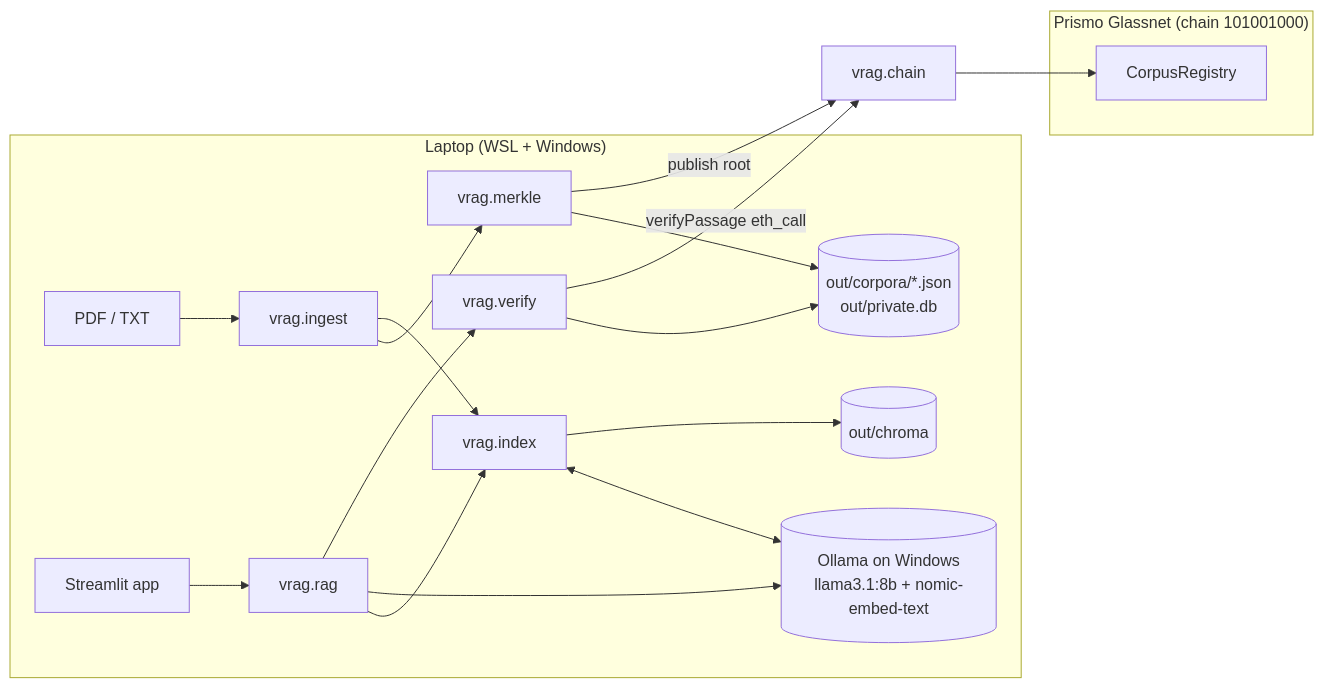
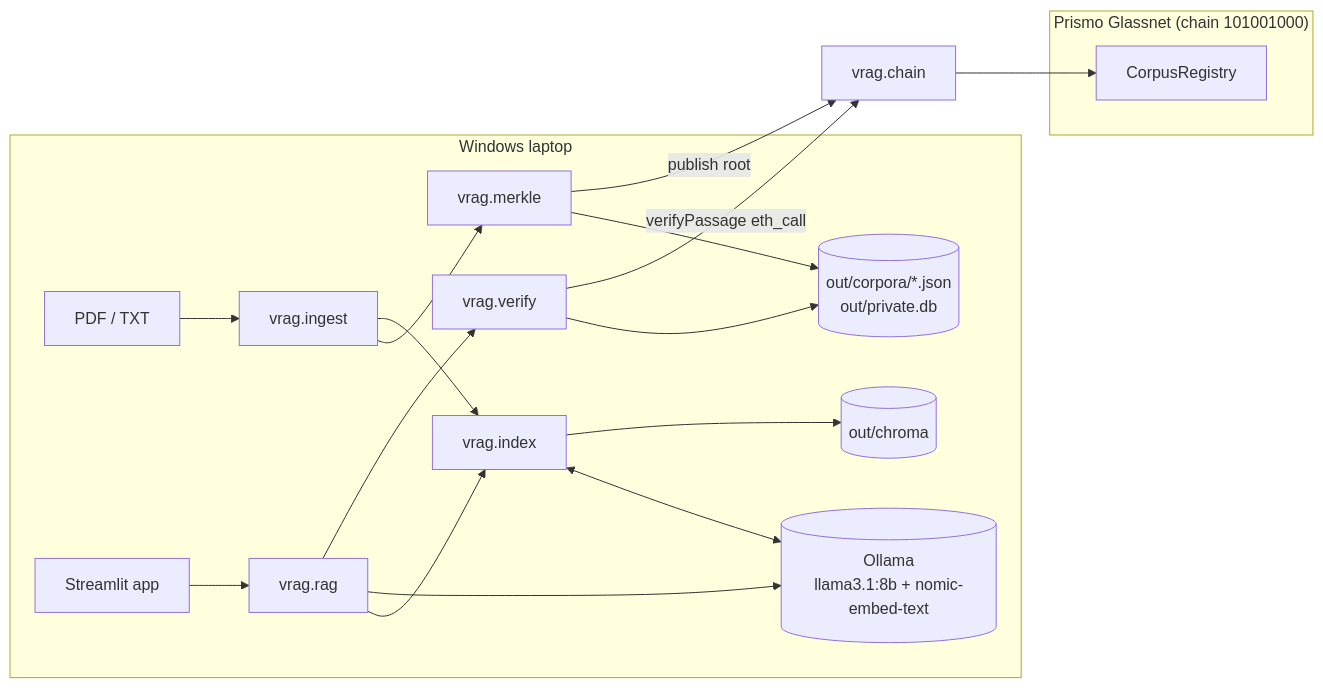
Before and after one commit to zazazzz-exe/VERIFIED-RAG-CITATIONS: the first of 3 diagrams in .kiro/specs/verifiable-rag-citations/design.md, drawn with Mermaid. The commit also changed other lines of this file and 7 other files, not shown here.

````diff
--- a/.kiro/specs/verifiable-rag-citations/design.md
+++ b/.kiro/specs/verifiable-rag-citations/design.md
@@ -17,22 +17,22 @@
 ```mermaid
 flowchart LR
-    subgraph Local["Laptop (WSL + Windows)"]
+    subgraph Local["Windows laptop"]
         Docs[PDF / TXT] --> Ingest[vrag.ingest]
         Ingest --> Merkle[vrag.merkle]
         Merkle --> Store[(out/corpora/*.json<br/>out/private.db)]
         Ingest --> Index[vrag.index]
-        Index <--> Ollama[(Ollama on Windows<br/>llama3.1:8b + nomic-embed-text)]
+        Index <--> Ollama[(Ollama<br/>llama3.1:8b + nomic-embed-text)]
         Index --> Chroma[(out/chroma)]
         App[Streamlit app] --> RAG[vrag.rag]
         RAG --> Index
         RAG --> Ollama
         RAG --> Verify[vrag.verify]
         Verify --> Store
     end
     subgraph Prismo["Prismo Glassnet (chain 101001000)"]
         Registry[CorpusRegistry]
     end
     Merkle -- publish root --> Chain[vrag.chain]
     Verify -- verifyPassage eth_call --> Chain
     Chain --> Registry
 ```
````
